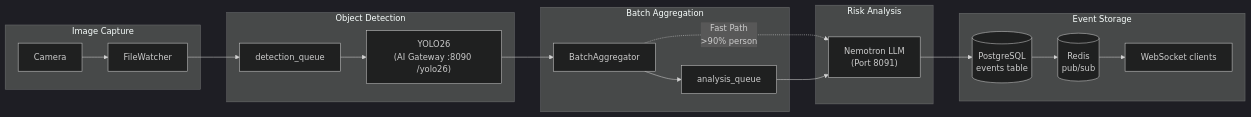
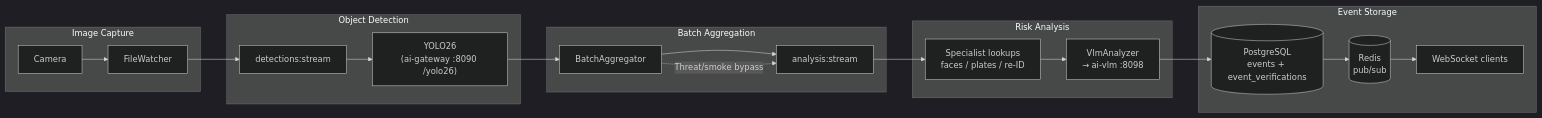
One commit to mikesvoboda/nemotron-v3-home-security-intelligence changed the diagram in docs/developer/pipeline-overview.md. Above: the diagram before and after it, drawn with Mermaid. The commit also changed other lines of this file and 231 other files, not shown here.

````diff
--- a/docs/developer/pipeline-overview.md
+++ b/docs/developer/pipeline-overview.md
@@ -128,39 +136,41 @@
 ```mermaid
 %%{init: {'theme': 'dark'}}%%
 flowchart LR
     subgraph Input["Image Capture"]
         Camera[Camera]
         FW[FileWatcher]
     end
 
     subgraph Detection["Object Detection"]
-        DQ[detection_queue]
-        YOLO["YOLO26<br/>(AI Gateway :8090 /yolo26)"]
+        DS[detections:stream]
+        YOLO["YOLO26<br/>(ai-gateway :8090 /yolo26)"]
     end
 
     subgraph Batching["Batch Aggregation"]
         BA[BatchAggregator]
-        AQ[analysis_queue]
+        AS[analysis:stream]
     end
 
     subgraph Analysis["Risk Analysis"]
-        NEM["Nemotron LLM<br/>(Port 8091)"]
+        SPEC[Specialist lookups<br/>faces / plates / re-ID]
+        VLM["VlmAnalyzer<br/>→ ai-vlm :8098"]
     end
 
     subgraph Storage["Event Storage"]
-        DB[(PostgreSQL<br/>events table)]
+        DB[(PostgreSQL<br/>events + event_verifications)]
         Redis[(Redis<br/>pub/sub)]
         WS[WebSocket clients]
     end
 
     Camera --> FW
-    FW --> DQ
-    DQ --> YOLO
+    FW --> DS
+    DS --> YOLO
     YOLO --> BA
-    BA --> AQ
-    BA -.->|Fast Path<br/>>90% person| NEM
-    AQ --> NEM
-    NEM --> DB
+    BA --> AS
+    BA -.->|Threat/smoke bypass| AS
+    AS --> SPEC
+    SPEC --> VLM
+    VLM --> DB
     DB --> Redis
     Redis --> WS
 ```
````
